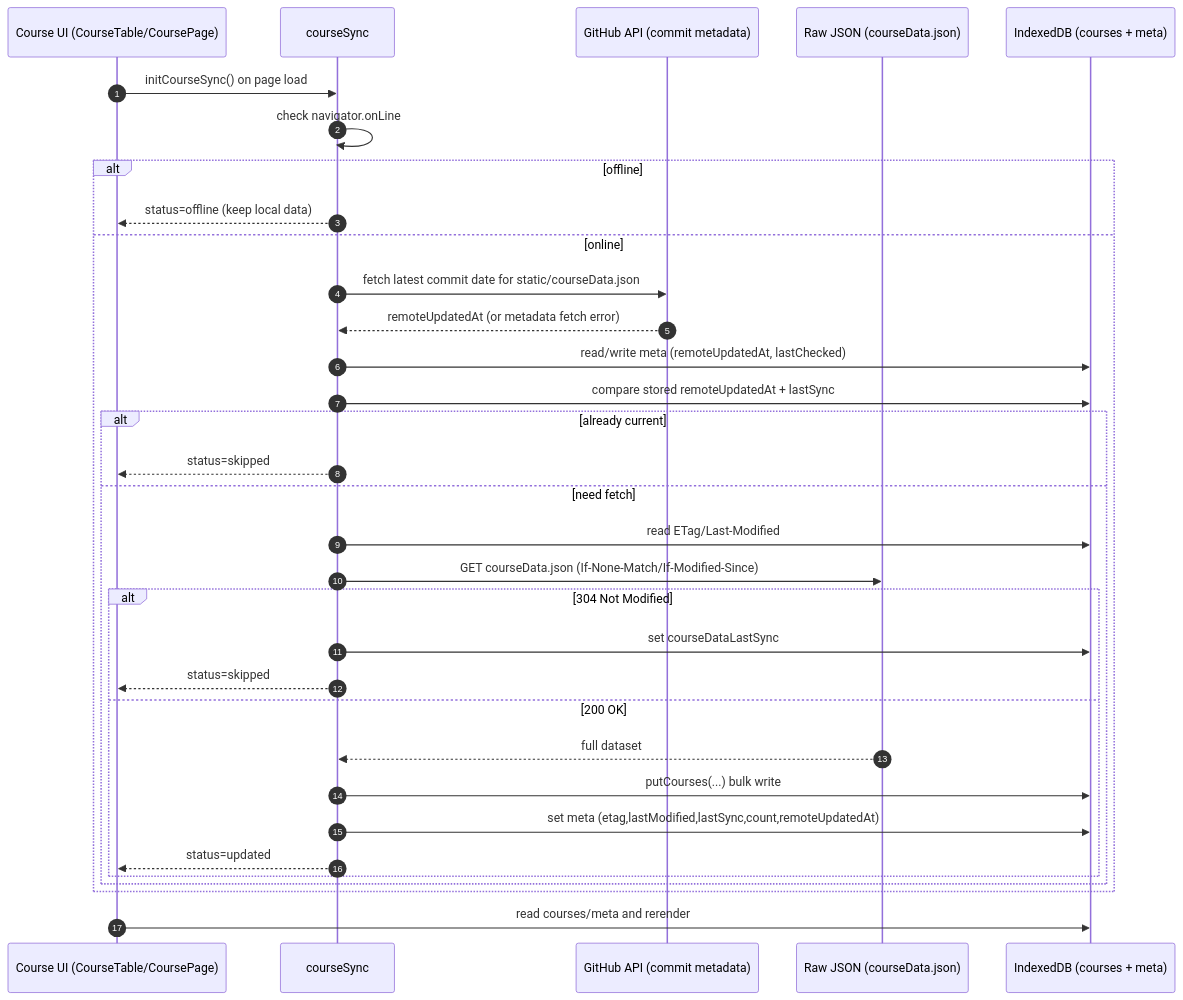
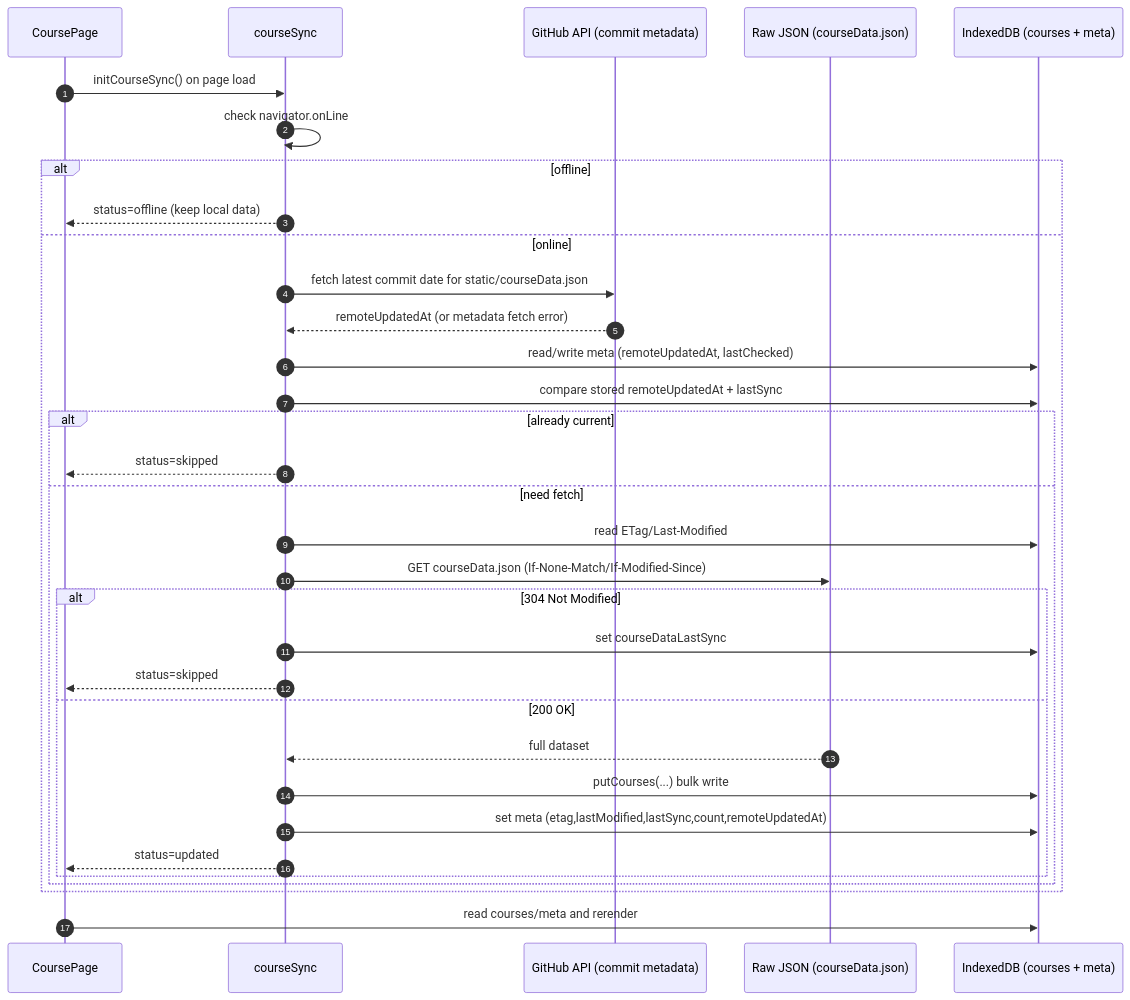
One commit to selfint/planit changed the first of 4 diagrams in DATA_HANDLING.md. Above: the diagram before and after it, drawn with Mermaid. The commit also changed other lines of this file, not shown here.

Commit message:
docs: correct course sync flow references in data handling guide

````diff
--- a/DATA_HANDLING.md
+++ b/DATA_HANDLING.md
@@ -14,37 +14,37 @@
 ```mermaid
 sequenceDiagram
     autonumber
-    participant UI as Course UI (CourseTable/CoursePage)
+    participant UI as CoursePage
     participant CS as courseSync
     participant GH as GitHub API (commit metadata)
     participant RAW as Raw JSON (courseData.json)
     participant IDB as IndexedDB (courses + meta)
 
     UI->>CS: initCourseSync() on page load
     CS->>CS: check navigator.onLine
     alt offline
         CS-->>UI: status=offline (keep local data)
     else online
         CS->>GH: fetch latest commit date for static/courseData.json
         GH-->>CS: remoteUpdatedAt (or metadata fetch error)
         CS->>IDB: read/write meta (remoteUpdatedAt, lastChecked)
         CS->>IDB: compare stored remoteUpdatedAt + lastSync
         alt already current
             CS-->>UI: status=skipped
         else need fetch
             CS->>IDB: read ETag/Last-Modified
             CS->>RAW: GET courseData.json (If-None-Match/If-Modified-Since)
             alt 304 Not Modified
                 CS->>IDB: set courseDataLastSync
                 CS-->>UI: status=skipped
             else 200 OK
                 RAW-->>CS: full dataset
                 CS->>IDB: putCourses(...) bulk write
                 CS->>IDB: set meta (etag,lastModified,lastSync,count,remoteUpdatedAt)
                 CS-->>UI: status=updated
             end
         end
     end
 
     UI->>IDB: read courses/meta and rerender
 ```
````
